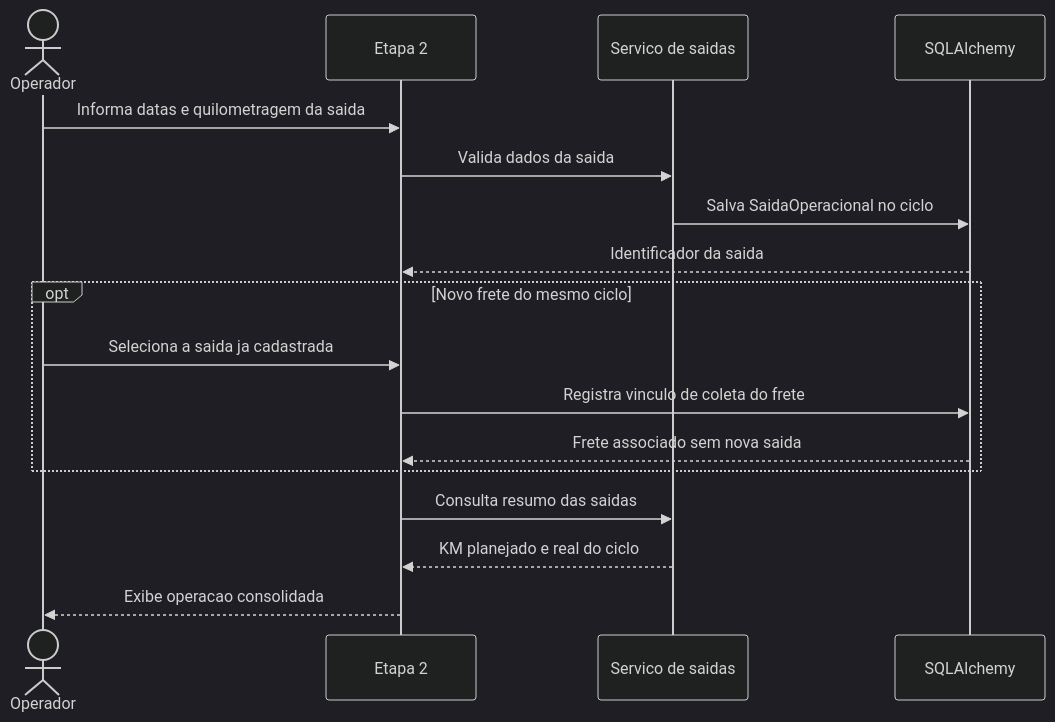
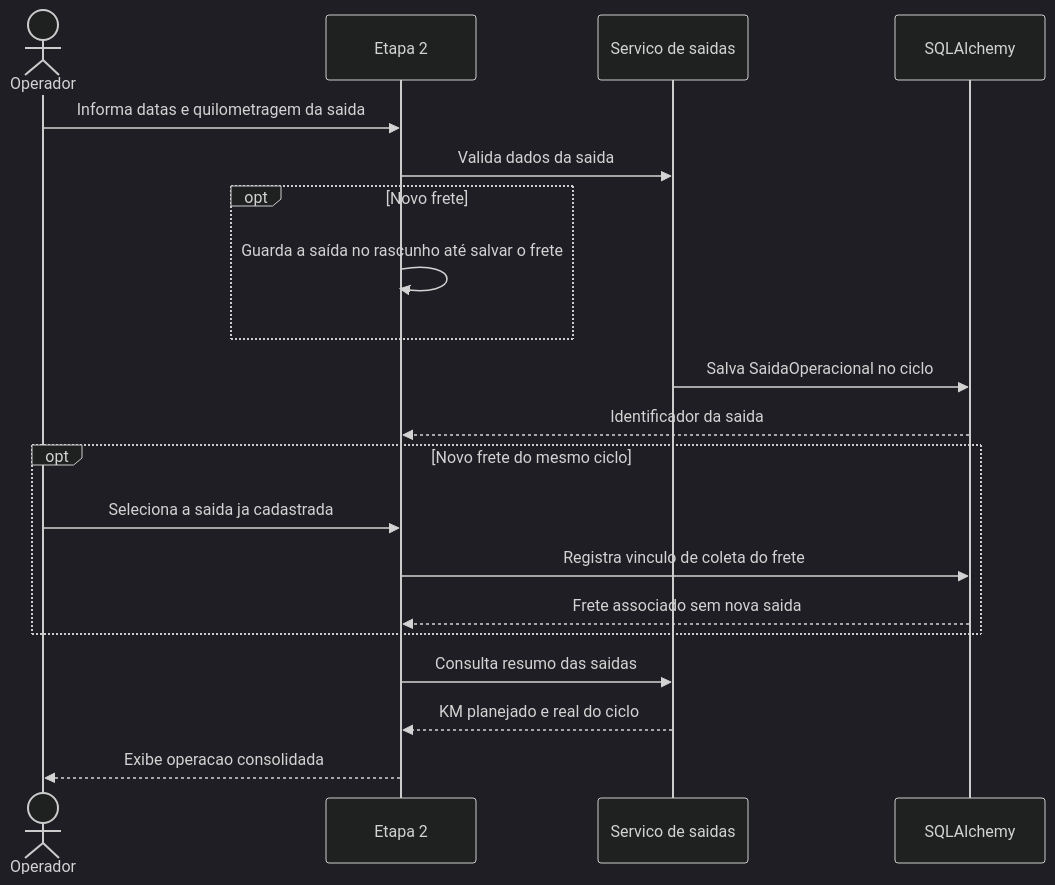
One commit to felpontes98/faeg-logistica-app changed the third of 3 diagrams in docs/diagramas/sequencias.md. Above: the diagram before and after it, drawn with Mermaid (dark theme). The commit also changed other lines of this file and 33 other files, not shown here.

````diff
--- a/docs/diagramas/sequencias.md
+++ b/docs/diagramas/sequencias.md
@@ -69,19 +73,22 @@
 ```mermaid
 sequenceDiagram
     actor Operador
     participant UI as Etapa 2
     participant S as Servico de saidas
     participant ORM as SQLAlchemy
     Operador->>UI: Informa datas e quilometragem da saida
     UI->>S: Valida dados da saida
+    opt Novo frete
+        UI->>UI: Guarda a saída no rascunho até salvar o frete
+    end
     S->>ORM: Salva SaidaOperacional no ciclo
     ORM-->>UI: Identificador da saida
     opt Novo frete do mesmo ciclo
         Operador->>UI: Seleciona a saida ja cadastrada
         UI->>ORM: Registra vinculo de coleta do frete
         ORM-->>UI: Frete associado sem nova saida
     end
     UI->>S: Consulta resumo das saidas
     S-->>UI: KM planejado e real do ciclo
     UI-->>Operador: Exibe operacao consolidada
 ```
````
